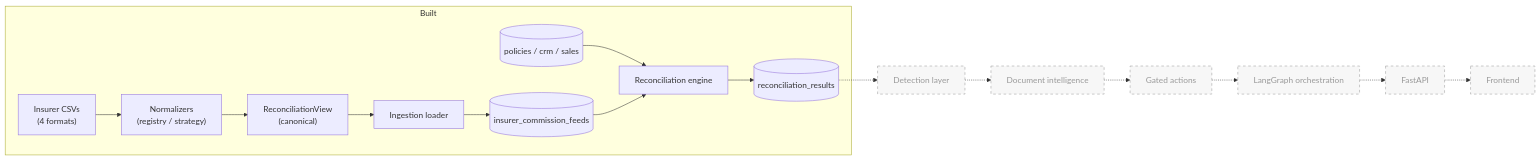
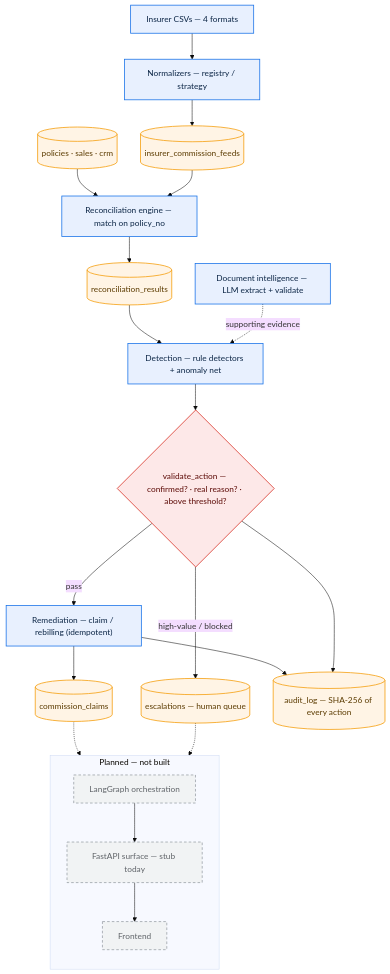
The diagram in README.md (Subh24ai/LeakSentinel), drawn with Mermaid before and after one commit. The commit also changed other lines of this file, not shown here.

Commit message:
docs: redraw pipeline diagram and refresh build status
Replace the wide left-to-right Mermaid diagram (which GitHub shrank to fit the
page, making the text tiny) with a top-to-bottom, color- and shape-coded flow at
a larger font, plus a legend. The diagram now reflects what's actually built:
ingestion -> reconciliation -> detection -> document intelligence -> gated
remediation, showing the validate_action gate branching to commission_claims,
the escalations human queue, and audit_log.

Also move Detection, Document intelligence, and Gated actions from "Planned" to
"Done" with accurate descriptions, leaving only LangGraph orchestration, the
full API surface, and a frontend as planned. Update the stale 42 -> 64 test
count.

````diff
--- a/README.md
+++ b/README.md
@@ -69,22 +89,44 @@
 ```mermaid
-flowchart LR
-    subgraph BUILT["Built"]
-        CSV["Insurer CSVs<br/>(4 formats)"] --> NORM["Normalizers<br/>(registry / strategy)"]
-        NORM --> VIEW["ReconciliationView<br/>(canonical)"]
-        VIEW --> LOAD["Ingestion loader"]
-        LOAD --> FEEDS[("insurer_commission_feeds")]
-        MASTER[("policies / crm / sales")] --> ENG["Reconciliation engine"]
-        FEEDS --> ENG
-        ENG --> RES[("reconciliation_results")]
+%%{init: {'theme':'base','themeVariables':{'fontSize':'16px'},'flowchart':{'nodeSpacing':45,'rankSpacing':50,'curve':'basis'}}}%%
+flowchart TB
+    classDef proc    fill:#e8f0fe,stroke:#1a73e8,stroke-width:1.5px,color:#0b2545;
+    classDef store   fill:#fff4e5,stroke:#f59e0b,stroke-width:1.5px,color:#5b3b00;
+    classDef gate    fill:#fde8e8,stroke:#d93025,stroke-width:1.5px,color:#5c0a06;
+    classDef planned fill:#f1f3f4,stroke:#9aa0a6,stroke-width:1.5px,stroke-dasharray:5 4,color:#5f6368;
+
+    CSV["Insurer CSVs — 4 formats"]:::proc
+    NORM["Normalizers — registry / strategy"]:::proc
+    FEEDS[("insurer_commission_feeds")]:::store
+    MASTER[("policies · sales · crm")]:::store
+    ENG["Reconciliation engine — match on policy_no"]:::proc
+    RES[("reconciliation_results")]:::store
+    DOCS["Document intelligence — LLM extract + validate"]:::proc
+    DET["Detection — rule detectors + anomaly net"]:::proc
+    GATE{"validate_action — confirmed? · real reason? · above threshold?"}:::gate
+    ACT["Remediation — claim / rebilling (idempotent)"]:::proc
+    CLAIMS[("commission_claims")]:::store
+    ESC[("escalations — human queue")]:::store
+    AUDIT[("audit_log — SHA-256 of every action")]:::store
+
+    CSV --> NORM --> FEEDS
+    MASTER --> ENG
+    FEEDS --> ENG
+    ENG --> RES --> DET
+    DOCS -. supporting evidence .-> DET
+    DET --> GATE
+    GATE -- pass --> ACT --> CLAIMS
+    GATE -- "high-value / blocked" --> ESC
+    ACT --> AUDIT
+    GATE --> AUDIT
+
+    subgraph PLANNED [" Planned — not built "]
+        direction TB
+        GRAPH["LangGraph orchestration"]:::planned
+        API["FastAPI surface — stub today"]:::planned
+        UI["Frontend"]:::planned
+        GRAPH --> API --> UI
     end
 
-    RES -.-> DET["Detection layer"]
-    DET -.-> DOC["Document intelligence"]
-    DOC -.-> ACT["Gated actions"]
-    ACT -.-> GRAPH["LangGraph orchestration"]
-    GRAPH -.-> API["FastAPI"]
-    API -.-> UI["Frontend"]
-
-    classDef planned stroke:#999,stroke-dasharray:5 5,color:#999,fill:#f7f7f7;
-    class DET,DOC,ACT,GRAPH,API,UI planned;
+    CLAIMS -.-> GRAPH
+    ESC -.-> GRAPH
 ```
````
